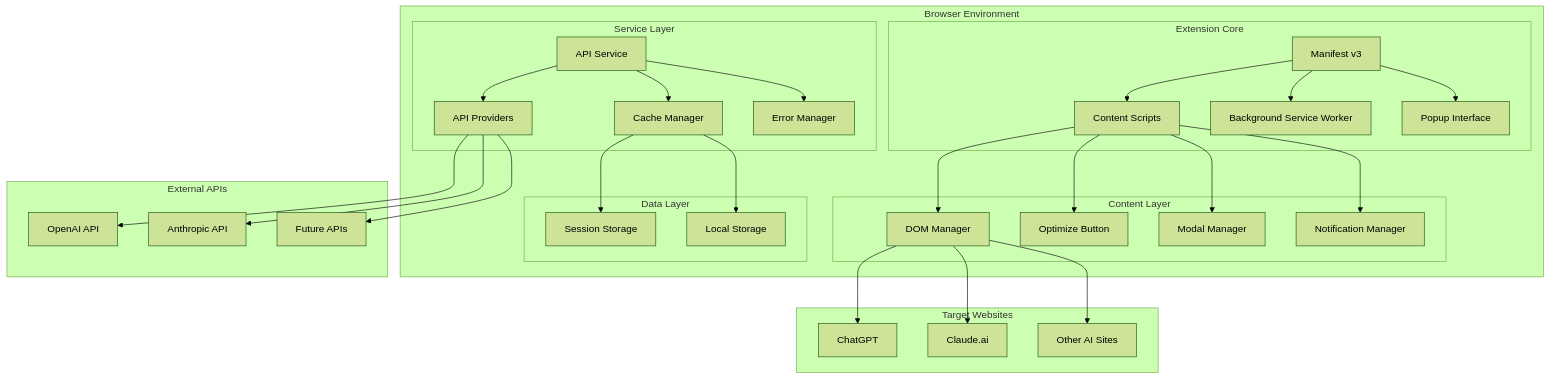
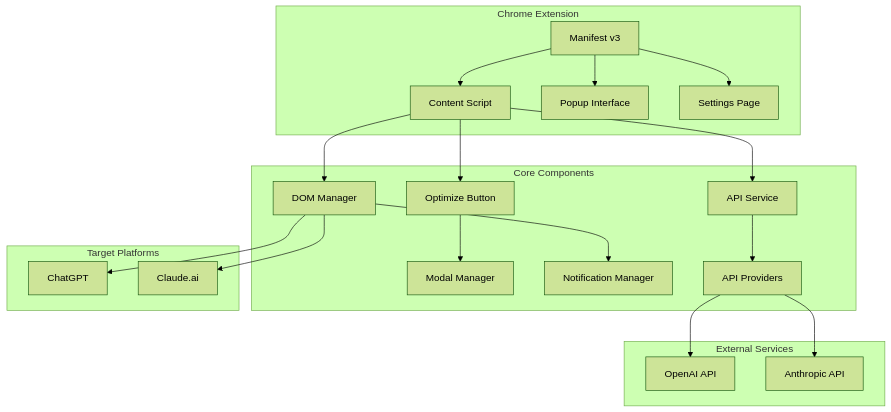
The first of 3 diagrams in ARCHITECTURE.md (efrat-dev/ai-prompt-optimizer-extension), drawn with Mermaid (forest theme) before and after one commit. The commit also changed other lines of this file, not shown here.

````diff
--- a/ARCHITECTURE.md
+++ b/ARCHITECTURE.md
@@ -10,50 +10,27 @@
 ```mermaid
 graph TB
-    subgraph "Browser Environment"
-        subgraph "Extension Core"
-            M[Manifest v3] --> CS[Content Scripts]
-            M --> BG[Background Service Worker]
-            M --> P[Popup Interface]
-        end
-        
-        subgraph "Content Layer"
-            CS --> DM[DOM Manager]
-            CS --> OB[Optimize Button]
-            CS --> MM[Modal Manager]
-            CS --> NM[Notification Manager]
-        end
-        
-        subgraph "Service Layer"
-            AS[API Service] --> AP[API Providers]
-            AS --> CM[Cache Manager]
-            AS --> EM[Error Manager]
-        end
-        
-        subgraph "Data Layer"
-            SS[Session Storage]
-            LS[Local Storage]
-            CM --> SS
-            CM --> LS
-        end
+    subgraph "Chrome Extension"
+        M[Manifest v3] --> CS[Content Script]
+        M --> P[Popup Interface]
+        M --> SET[Settings Page]
     end
     
-    subgraph "External APIs"
-        OPENAI[OpenAI API]
-        ANTHROPIC[Anthropic API]
-        FUTURE[Future APIs]
+    subgraph "Core Components"
+        CS --> DM[DOM Manager]
+        CS --> OB[Optimize Button]
+        CS --> AS[API Service]
+        OB --> MM[Modal Manager]
+        DM --> NM[Notification Manager]
+        AS --> AP[API Providers]
     end
     
-    subgraph "Target Websites"
-        CHATGPT[ChatGPT]
-        CLAUDE[Claude.ai]
-        OTHER[Other AI Sites]
+    subgraph "External Services"
+        AP --> OPENAI[OpenAI API]
+        AP --> ANTHROPIC[Anthropic API]
     end
     
-    DM --> CHATGPT
-    DM --> CLAUDE
-    DM --> OTHER
-    
-    AP --> OPENAI
-    AP --> ANTHROPIC
-    AP --> FUTURE
+    subgraph "Target Platforms"
+        DM --> CHATGPT[ChatGPT]
+        DM --> CLAUDE[Claude.ai]
+    end
 ```
````
